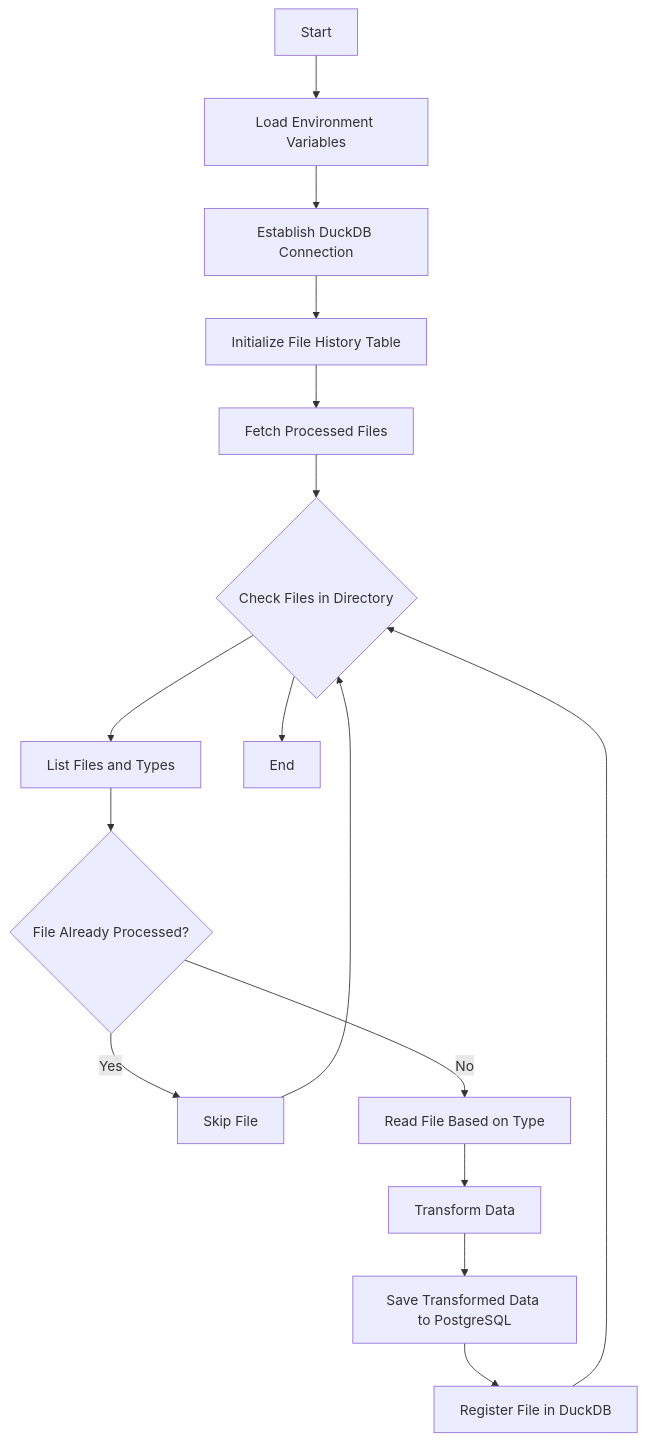
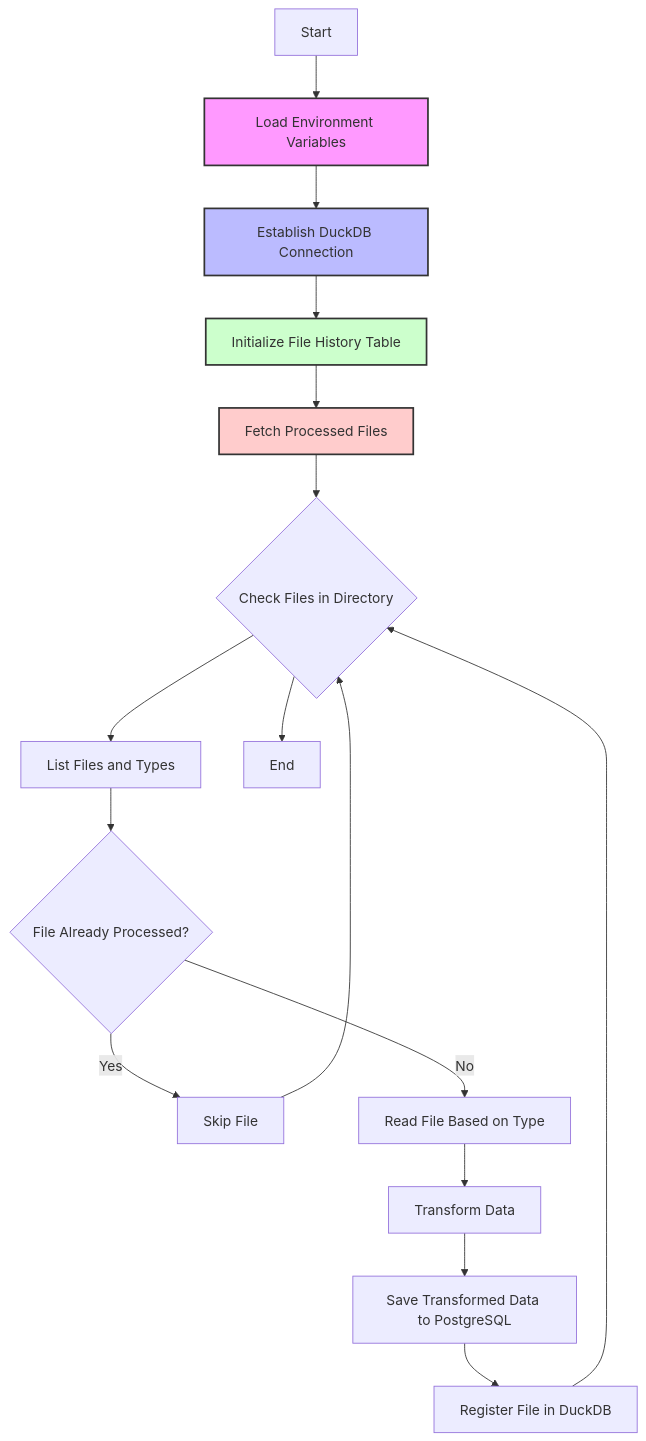
The diagram in README.md (DellaCortef/etl-with-duckdb-python), drawn with Mermaid before and after one commit.

Commit message:
FIX: changing the box sizes

````diff
--- a/README.md
+++ b/README.md
@@ -42,18 +42,22 @@
 ```mermaid
 graph TD
     A[Start] --> B[Load Environment Variables]
     B --> C[Establish DuckDB Connection]
     C --> D[Initialize File History Table]
     D --> E[Fetch Processed Files]
     E --> F{Check Files in Directory}
     F --> G[List Files and Types]
     G --> H{File Already Processed?}
     H -- Yes --> I[Skip File]
     H -- No --> J[Read File Based on Type]
     J --> K[Transform Data]
     K --> L[Save Transformed Data to PostgreSQL]
     L --> M[Register File in DuckDB]
     M --> F
     I --> F
     F --> N[End]
+    style B fill:#f9f,stroke:#333,stroke-width:2px
+    style C fill:#bbf,stroke:#333,stroke-width:2px
+    style D fill:#cfc,stroke:#333,stroke-width:2px
+    style E fill:#fcc,stroke:#333,stroke-width:2px
 ```
````
